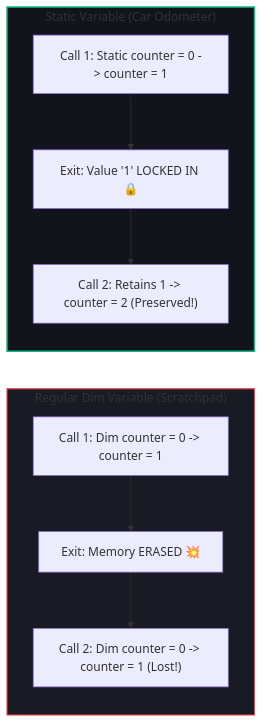
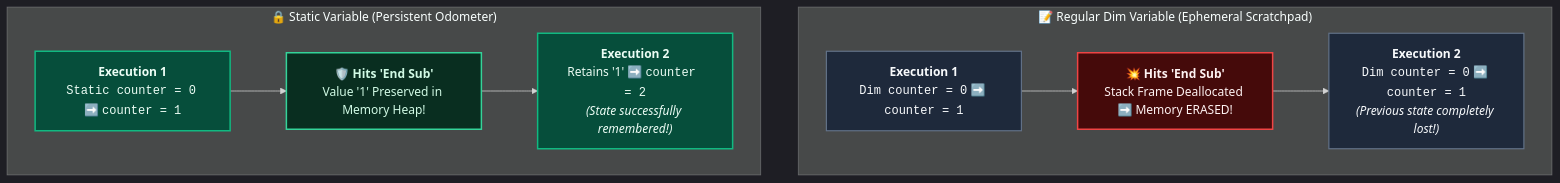
The diagram in 02 - VBA Fundamentals/Scope/Static Variables.md (Sohila-Khaled-Abbas/Excel-VBA-Second-Brain), drawn with Mermaid before and after one commit. The commit also changed 23 other files, not shown here.

Commit message:
feat: modernize vault diagrams with dark-theme Excel mockup UI, responsive card grids, and high-contrast Mermaid themes

````diff
--- a/02 - VBA Fundamentals/Scope/Static Variables.md
+++ b/02 - VBA Fundamentals/Scope/Static Variables.md
@@ -34,15 +34,22 @@
 ```mermaid
-flowchart LR
-    subgraph DimCall["Regular Dim Variable (Scratchpad)"]
-        D1["Call 1: Dim counter = 0 -> counter = 1"] --> D2["Exit: Memory ERASED 💥"]
-        D2 --> D3["Call 2: Dim counter = 0 -> counter = 1 (Lost!)"]
+%%{init: {'theme': 'dark', 'themeVariables': { 'darkMode': true, 'fontFamily': 'Inter, sans-serif' }}}%%
+flowchart TD
+    subgraph DimPath["📝 Regular Dim Variable (Ephemeral Scratchpad)"]
+        D1["<b>Execution 1</b><br/><code>Dim counter = 0</code> ➡️ <code>counter = 1</code>"]:::dimNode
+        D2["💥 <b>Hits 'End Sub'</b><br/>Stack Frame Deallocated ➡️ Memory ERASED!"]:::dangerNode
+        D3["<b>Execution 2</b><br/><code>Dim counter = 0</code> ➡️ <code>counter = 1</code><br/><i>(Previous state completely lost!)</i>"]:::dimNode
+        D1 --> D2 --> D3
     end
 
-    subgraph StaticCall["Static Variable (Car Odometer)"]
-        S1["Call 1: Static counter = 0 -> counter = 1"] --> S2["Exit: Value '1' LOCKED IN 🔒"]
-        S2 --> S3["Call 2: Retains 1 -> counter = 2 (Preserved!)"]
+    subgraph StaticPath["🔒 Static Variable (Persistent Odometer)"]
+        S1["<b>Execution 1</b><br/><code>Static counter = 0</code> ➡️ <code>counter = 1</code>"]:::staticNode
+        S2["🛡️ <b>Hits 'End Sub'</b><br/>Value '1' Preserved in Memory Heap!"]:::safeNode
+        S3["<b>Execution 2</b><br/>Retains '1' ➡️ <code>counter = 2</code><br/><i>(State successfully remembered!)</i>"]:::staticNode
+        S1 --> S2 --> S3
     end
 
-    style DimCall fill:#181a24,stroke:#ef4444,stroke-width:1.5px
-    style StaticCall fill:#12141c,stroke:#10b981,stroke-width:2px
+    classDef dimNode fill:#1e293b,stroke:#64748b,stroke-width:1.5px,color:#f8fafc;
+    classDef dangerNode fill:#450a0a,stroke:#ef4444,stroke-width:2px,color:#fef2f2;
+    classDef staticNode fill:#064e3b,stroke:#10b981,stroke-width:2px,color:#ecfdf5;
+    classDef safeNode fill:#092e20,stroke:#34d399,stroke-width:2px,color:#d1fae5;
 ```
````
